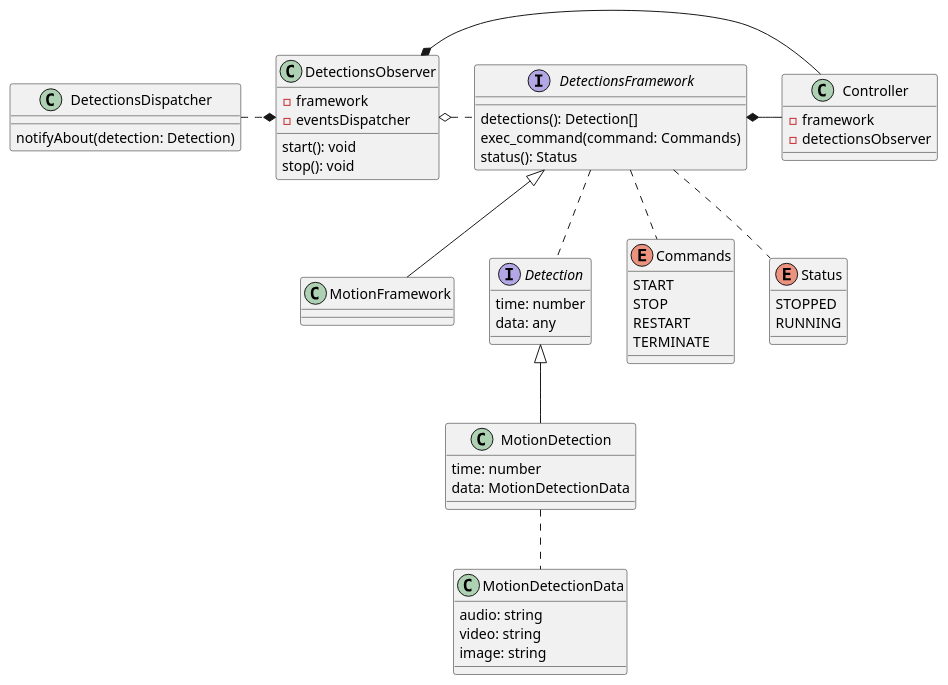
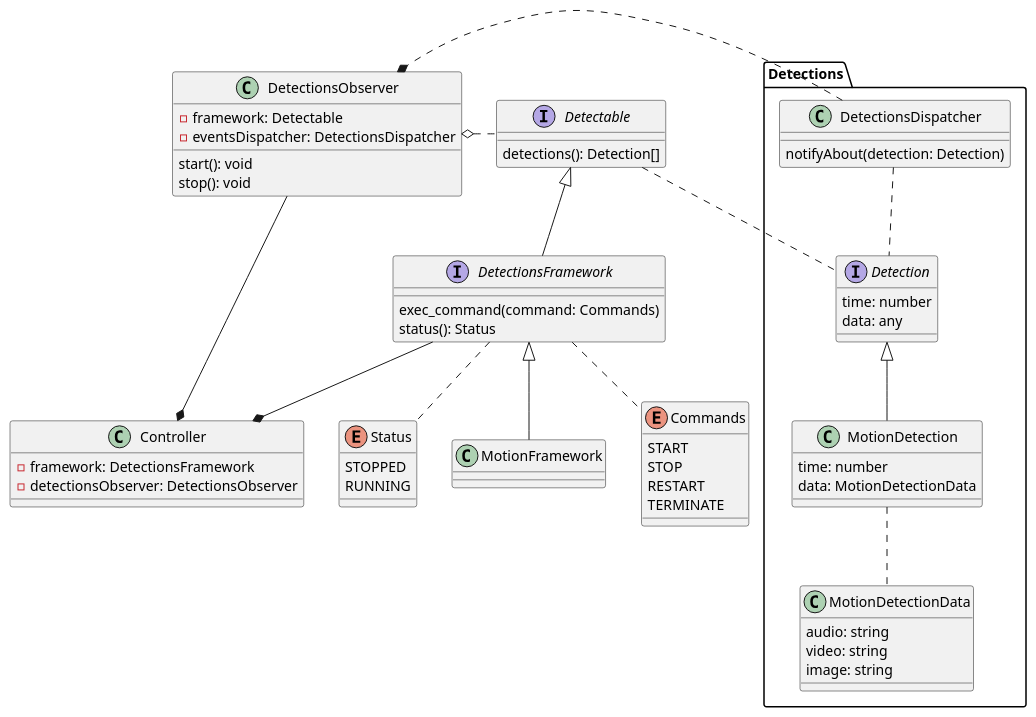
Before and after one commit to saratoga8/motion_notifier: the diagram in docs/classes/dfs.puml, drawn with PlantUML. The commit also changed 2 other files, not shown here.

```diff
--- a/docs/classes/dfs.puml
+++ b/docs/classes/dfs.puml
@@ -1,69 +1,79 @@
 @startuml
 'https://plantuml.com/class-diagram
 
 
 
 interface DetectionsFramework {
-  detections(): Detection[]
   exec_command(command: Commands)
   status(): Status
 }
 
+interface Detectable {
+    detections(): Detection[]
+}
+
 class MotionFramework
 
-Interface Detection {
-  time: number
-  data: any
+
+package Detections {
+    Interface Detection {
+      time: number
+      data: any
+    }
+
+    class MotionDetectionData {
+       audio: string
+       video: string
+       image: string
+    }
+
+    class MotionDetection {
+       time: number
+       data: MotionDetectionData
+    }
+
+    class DetectionsDispatcher {
+       notifyAbout(detection: Detection)
+    }
 }
 
-class MotionDetectionData {
-   audio: string
-   video: string
-   image: string
-}
-
-class MotionDetection {
-   time: number
-   data: MotionDetectionData
-}
 
 enum Commands {
   START
   STOP
   RESTART
   TERMINATE
 }
 
 enum Status {
   STOPPED
   RUNNING
 }
 
 class DetectionsObserver {
-   - framework
-   - eventsDispatcher
+   - framework: Detectable
+   - eventsDispatcher: DetectionsDispatcher
    start(): void
    stop(): void
 }
 
-class DetectionsDispatcher {
-   notifyAbout(detection: Detection)
+
+class Controller {
+   - framework: DetectionsFramework
+   - detectionsObserver: DetectionsObserver
 }
 
-class Controller {
-   - framework
-   - detectionsObserver
-}
-
-DetectionsObserver o. DetectionsFramework
+DetectionsObserver o. Detectable
 DetectionsDispatcher .* DetectionsObserver
 DetectionsFramework <|-- MotionFramework
 Detection <|-- MotionDetection
 DetectionsFramework .. Status
-DetectionsFramework .. Detection
+Detectable .. Detection
+DetectionsDispatcher .. Detection
 DetectionsFramework .. Commands
 MotionDetection .. MotionDetectionData
-DetectionsObserver *- Controller
-DetectionsFramework *- Controller
+DetectionsObserver -down-* Controller
+DetectionsFramework -down-* Controller
+DetectionsFramework -up-|> Detectable
 
 @enduml
```
